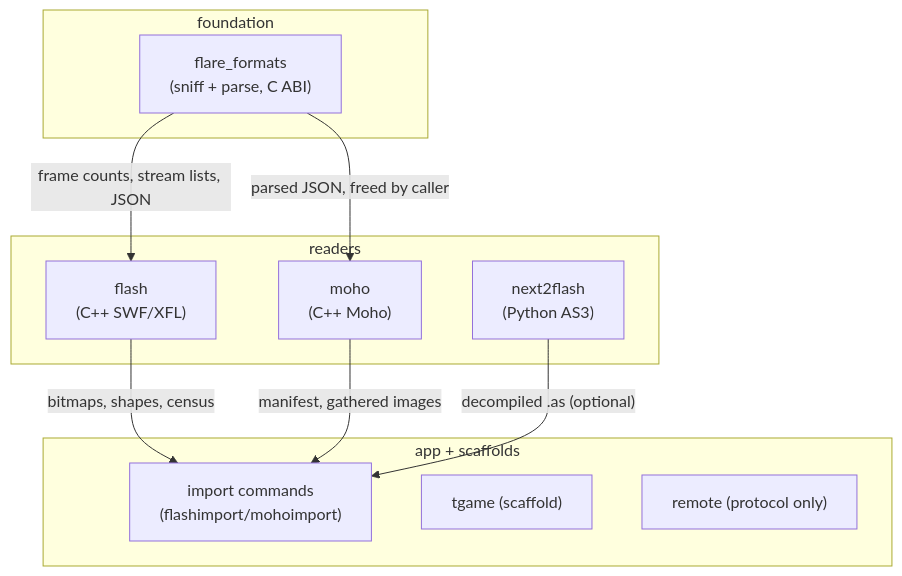
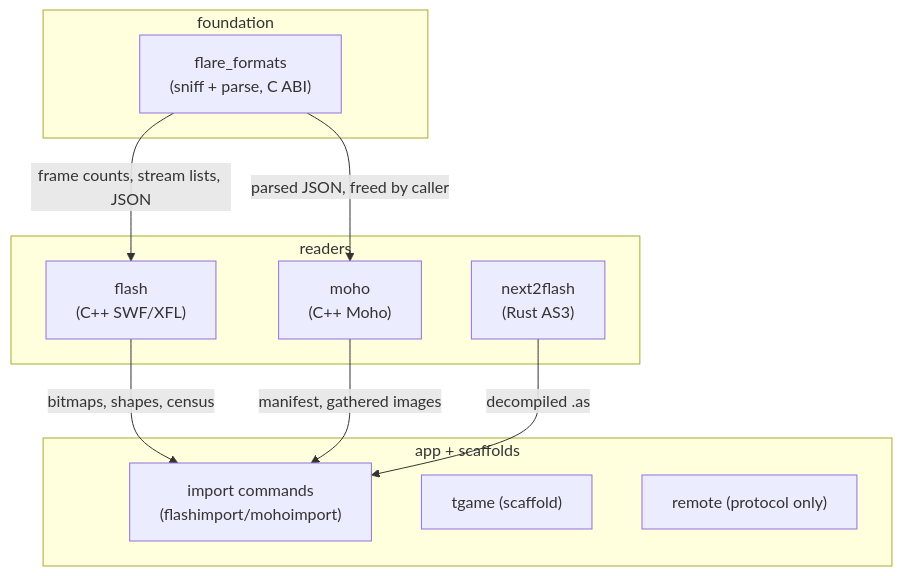
One commit to Flare-Animate/Flare changed the diagram in LOGIC-ATLAS.md. Above: the diagram before and after it, drawn with Mermaid. The commit also changed other lines of this file and 28 other files, not shown here.

First line of the commit message:
AS3: call the Rust core directly; remove the Python sidecar

````diff
--- a/LOGIC-ATLAS.md
+++ b/LOGIC-ATLAS.md
@@ -69,21 +69,21 @@
 ```mermaid
 graph TD
     subgraph foundation["foundation"]
         formats["flare_formats<br/>(sniff + parse, C ABI)"]
     end
     subgraph data["readers"]
         flash["flash<br/>(C++ SWF/XFL)"]
         moho["moho<br/>(C++ Moho)"]
-        sidecar["next2flash<br/>(Python AS3)"]
+        sidecar["next2flash<br/>(Rust AS3)"]
     end
     subgraph app["app + scaffolds"]
         cmds["import commands<br/>(flashimport/mohoimport)"]
         tgame["tgame (scaffold)"]
         remote["remote (protocol only)"]
     end
     formats -->|"frame counts, stream lists, JSON"| flash
     formats -->|"parsed JSON, freed by caller"| moho
     flash -->|"bitmaps, shapes, census"| cmds
     moho -->|"manifest, gathered images"| cmds
-    sidecar -->|"decompiled .as (optional)"| cmds
+    sidecar -->|"decompiled .as"| cmds
 ```
````
